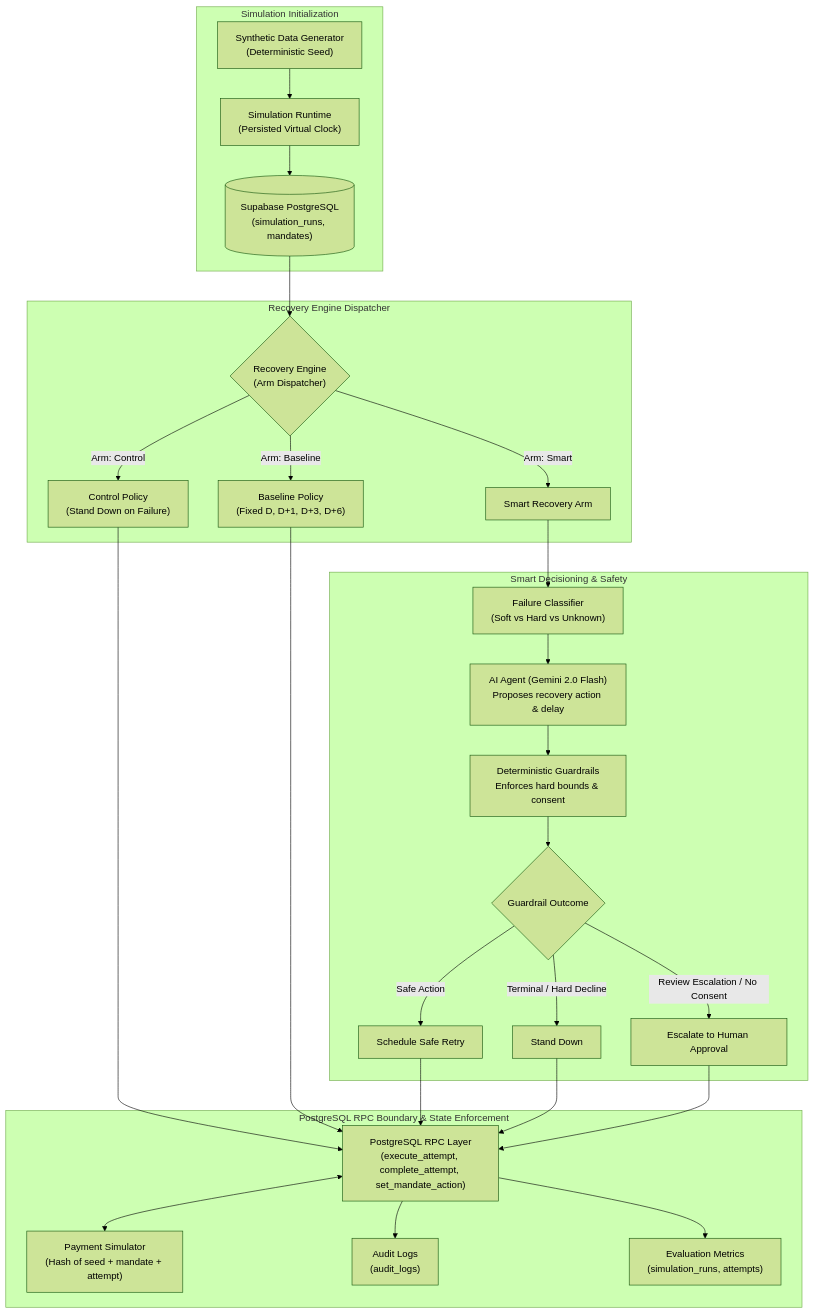
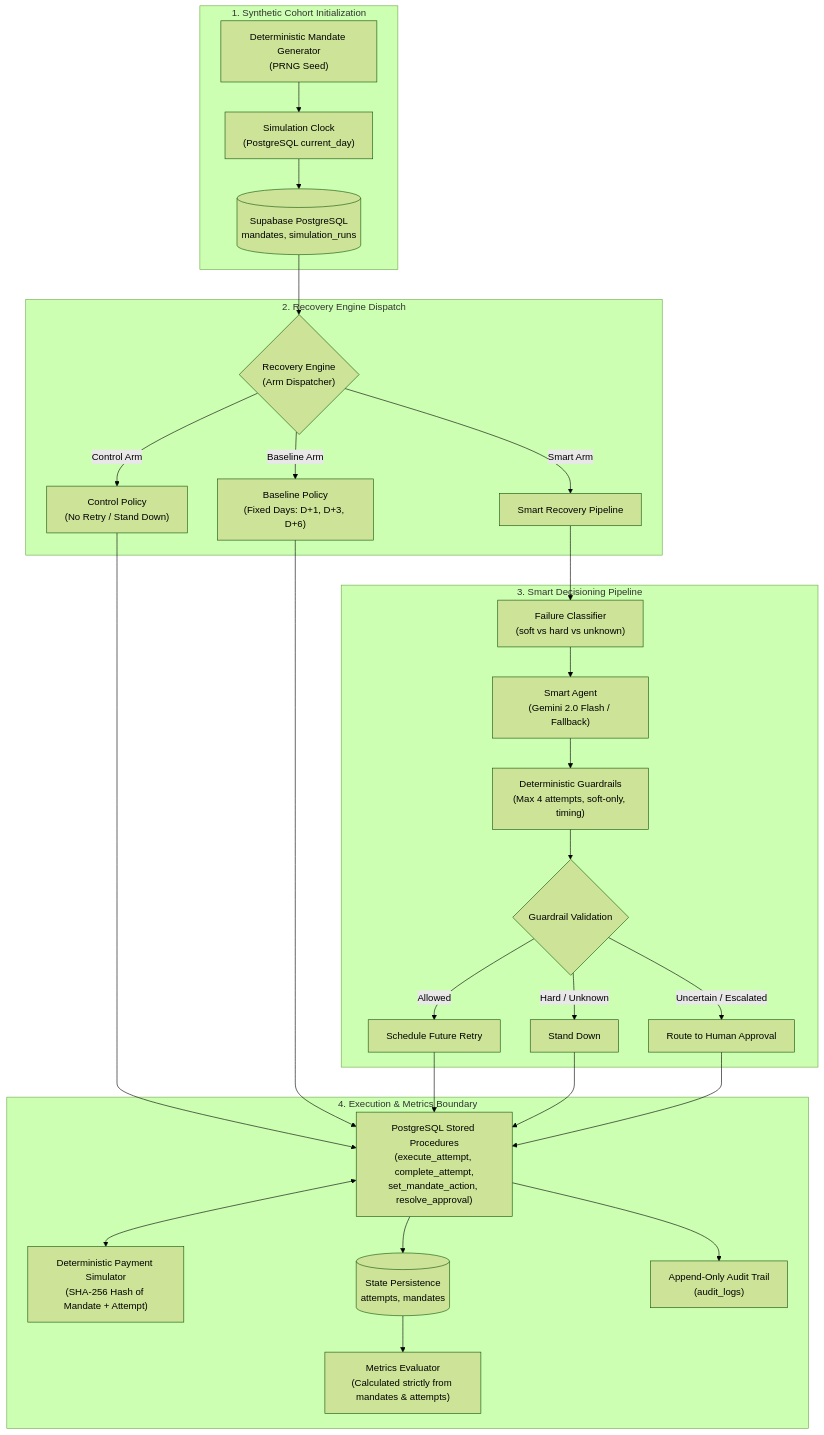
Before and after one commit to asawaricode/SettleLoop: the first of 3 diagrams in README.md, drawn with Mermaid (forest theme). The commit also changed other lines of this file, not shown here.

````diff
--- a/README.md
+++ b/README.md
@@ -109,36 +89,37 @@
 ```mermaid
 flowchart TD
-    subgraph InputLayer ["Simulation Initialization"]
-        GEN["Synthetic Data Generator<br/>(Deterministic Seed)"] --> RUNTIME["Simulation Runtime<br/>(Persisted Virtual Clock)"]
-        RUNTIME --> DB[("Supabase PostgreSQL<br/>(simulation_runs, mandates)")]
+    subgraph SimulationInit ["1. Synthetic Cohort Initialization"]
+        GEN["Deterministic Mandate Generator<br/>(PRNG Seed)"] --> RUNTIME["Simulation Clock<br/>(PostgreSQL current_day)"]
+        RUNTIME --> DB_INIT[("Supabase PostgreSQL<br/>mandates, simulation_runs")]
     end
 
-    subgraph DispatchLayer ["Recovery Engine Dispatcher"]
-        DB --> ENGINE{"Recovery Engine<br/>(Arm Dispatcher)"}
-        ENGINE -->|"Arm: Control"| CTRL["Control Policy<br/>(Stand Down on Failure)"]
-        ENGINE -->|"Arm: Baseline"| BASE["Baseline Policy<br/>(Fixed D, D+1, D+3, D+6)"]
-        ENGINE -->|"Arm: Smart"| SMART["Smart Recovery Arm"]
+    subgraph ArmDispatch ["2. Recovery Engine Dispatch"]
+        DB_INIT --> ENGINE{"Recovery Engine<br/>(Arm Dispatcher)"}
+        ENGINE -->|"Control Arm"| CTRL["Control Policy<br/>(No Retry / Stand Down)"]
+        ENGINE -->|"Baseline Arm"| BASE["Baseline Policy<br/>(Fixed Days: D+1, D+3, D+6)"]
+        ENGINE -->|"Smart Arm"| SMART["Smart Recovery Pipeline"]
     end
 
-    subgraph SmartPipeline ["Smart Decisioning & Safety"]
-        SMART --> FC["Failure Classifier<br/>(Soft vs Hard vs Unknown)"]
-        FC --> AI["AI Agent (Gemini 2.0 Flash)<br/>Proposes recovery action & delay"]
-        AI --> GUARD["Deterministic Guardrails<br/>Enforces hard bounds & consent"]
-        GUARD --> DECISION{"Guardrail Outcome"}
-        DECISION -->|"Safe Action"| ACT_RETRY["Schedule Safe Retry"]
-        DECISION -->|"Terminal / Hard Decline"| ACT_SD["Stand Down"]
-        DECISION -->|"Review Escalation / No Consent"| ACT_HUMAN["Escalate to Human Approval"]
+    subgraph SmartDecision ["3. Smart Decisioning Pipeline"]
+        SMART --> FC["Failure Classifier<br/>(soft vs hard vs unknown)"]
+        FC --> AGENT["Smart Agent<br/>(Gemini 2.0 Flash / Fallback)"]
+        AGENT --> GUARD["Deterministic Guardrails<br/>(Max 4 attempts, soft-only, timing)"]
+        GUARD --> G_DECISION{"Guardrail Validation"}
+        G_DECISION -->|"Allowed"| ACT_RETRY["Schedule Future Retry"]
+        G_DECISION -->|"Hard / Unknown"| ACT_SD["Stand Down"]
+        G_DECISION -->|"Uncertain / Escalated"| ACT_APPROVAL["Route to Human Approval"]
     end
 
-    subgraph ExecutionLayer ["PostgreSQL RPC Boundary & State Enforcement"]
-        CTRL --> RPC["PostgreSQL RPC Layer<br/>(execute_attempt, complete_attempt, set_mandate_action)"]
+    subgraph ExecutionLayer ["4. Execution & Metrics Boundary"]
+        CTRL --> RPC["PostgreSQL Stored Procedures<br/>(execute_attempt, complete_attempt,<br/>set_mandate_action, resolve_approval)"]
         BASE --> RPC
         ACT_RETRY --> RPC
         ACT_SD --> RPC
-        ACT_HUMAN --> RPC
+        ACT_APPROVAL --> RPC
         
-        RPC <--> SIM["Payment Simulator<br/>(Hash of seed + mandate + attempt)"]
-        RPC --> OUT_AUDIT["Audit Logs<br/>(audit_logs)"]
-        RPC --> OUT_METRICS["Evaluation Metrics<br/>(simulation_runs, attempts)"]
+        RPC <--> SIM["Deterministic Payment Simulator<br/>(SHA-256 Hash of Mandate + Attempt)"]
+        RPC --> DB_OUT[("State Persistence<br/>attempts, mandates")]
+        DB_OUT --> METRICS["Metrics Evaluator<br/>(Calculated strictly from mandates & attempts)"]
+        RPC --> AUDIT["Append-Only Audit Trail<br/>(audit_logs)"]
     end
 ```
````
